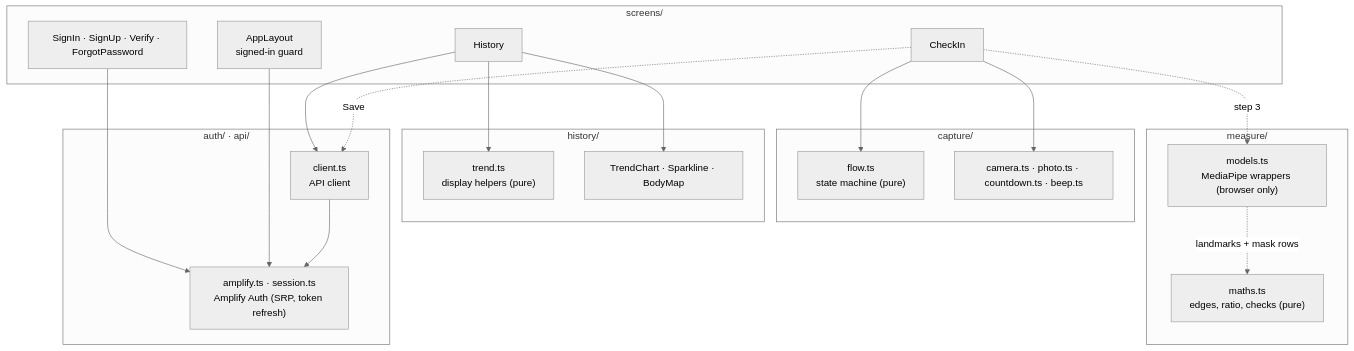
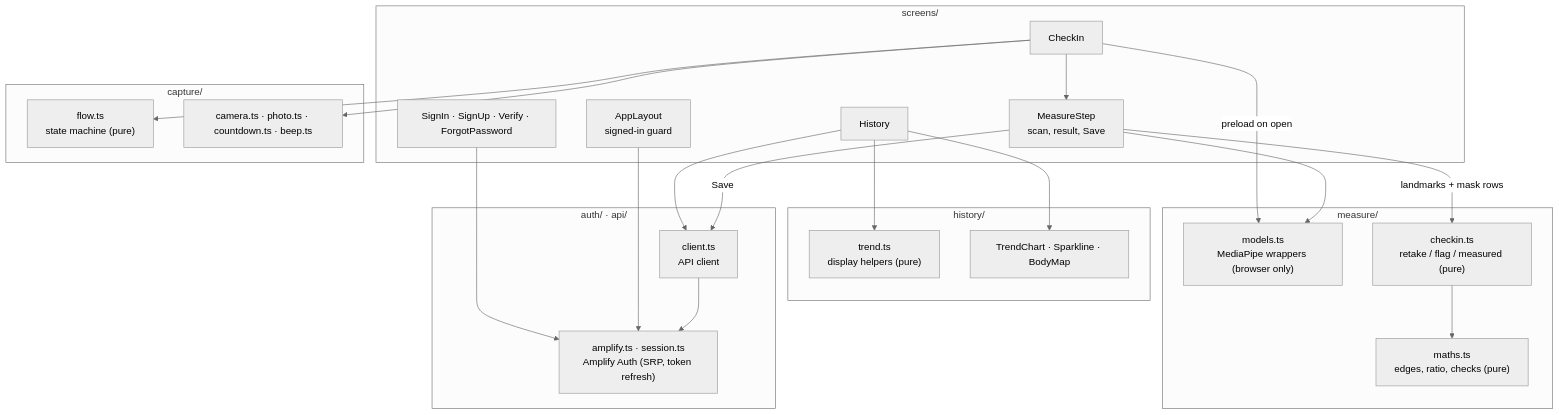
Before and after one commit to ashutosharma2/LiftLens: the third of 15 diagrams in docs/architecture.md, drawn with Mermaid (neutral theme). The commit also changed other lines of this file, not shown here.

Commit message:
Diagrams: measuring step built (components, capture states, pipeline)

````diff
--- a/docs/architecture.md
+++ b/docs/architecture.md
@@ -100,41 +100,46 @@
 ```mermaid
 flowchart TB
     subgraph Screens["screens/"]
         Auth["SignIn · SignUp · Verify · ForgotPassword"]
         Layout["AppLayout<br/>signed-in guard"]
         HistoryS["History"]
         CheckIn["CheckIn"]
+        MeasureS["MeasureStep<br/>scan, result, Save"]
     end
 
     subgraph Capture["capture/"]
         Flow["flow.ts<br/>state machine (pure)"]
         Camera["camera.ts · photo.ts · countdown.ts · beep.ts"]
     end
 
     subgraph Measure["measure/"]
         Models["models.ts<br/>MediaPipe wrappers (browser only)"]
         Maths["maths.ts<br/>edges, ratio, checks (pure)"]
+        Rules["checkin.ts<br/>retake / flag / measured (pure)"]
     end
 
     subgraph HistoryM["history/"]
         Trend["trend.ts<br/>display helpers (pure)"]
         Charts["TrendChart · Sparkline · BodyMap"]
     end
 
     subgraph Infra["auth/ · api/"]
         Amplify["amplify.ts · session.ts<br/>Amplify Auth (SRP, token refresh)"]
         Client["client.ts<br/>API client"]
     end
 
     Auth --> Amplify
     Layout --> Amplify
     HistoryS --> Client
     HistoryS --> Trend
     HistoryS --> Charts
     CheckIn --> Flow
     CheckIn --> Camera
-    CheckIn -. "step 3" .-> Models
-    Models -. "landmarks + mask rows" .-> Maths
-    CheckIn -. "Save" .-> Client
+    CheckIn --> MeasureS
+    CheckIn -- "preload on open" --> Models
+    MeasureS --> Models
+    MeasureS -- "landmarks + mask rows" --> Rules
+    Rules --> Maths
+    MeasureS -- "Save" --> Client
     Client --> Amplify
 ```
````
